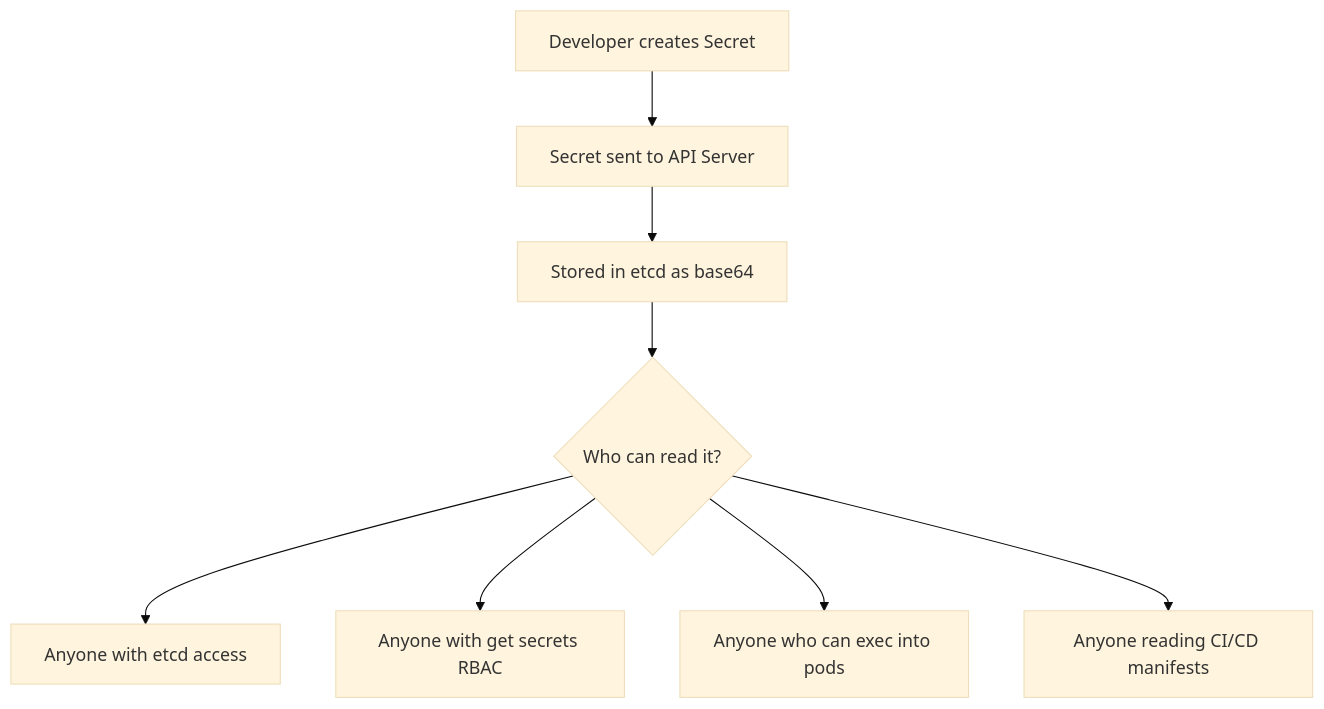
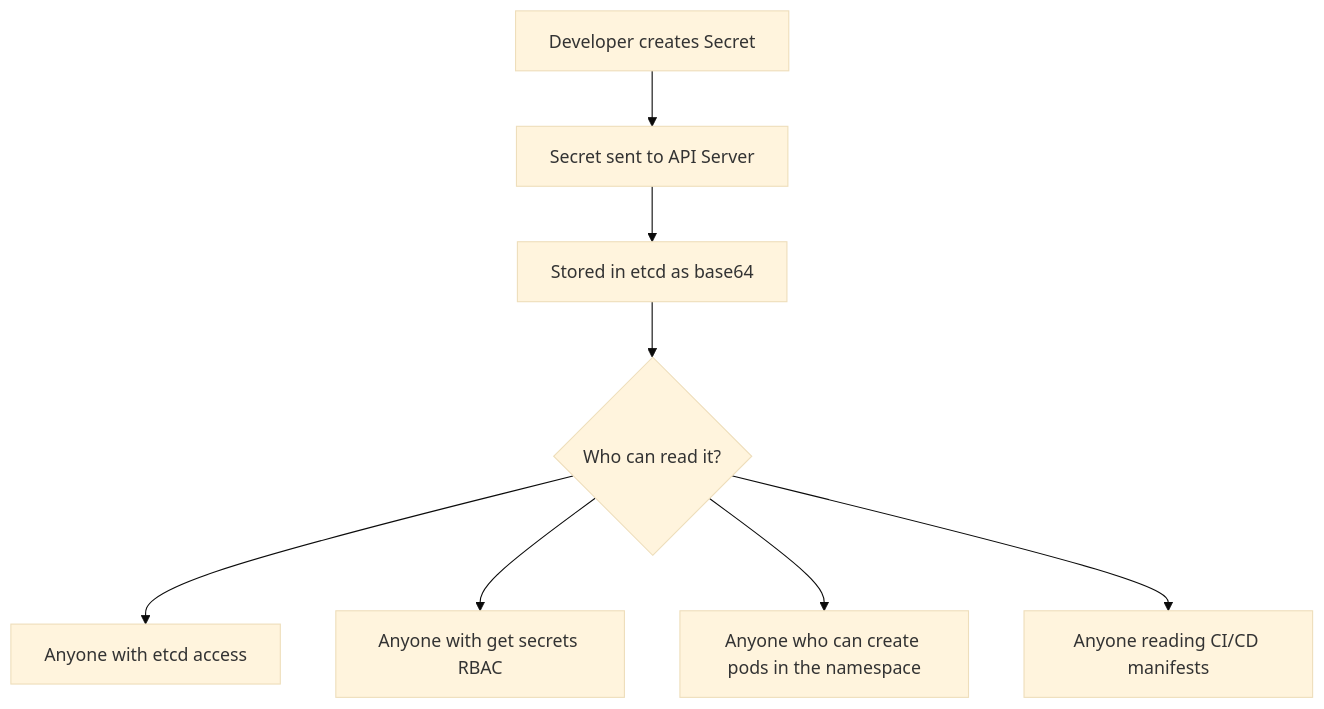
The first of 2 diagrams in posts/2026-02-20-kubernetes-secrets-management/README.md (OneUptime/blog), drawn with Mermaid (base theme) before and after one commit. The commit also changed other lines of this file and 2 other files, not shown here.

````diff
--- a/posts/2026-02-20-kubernetes-secrets-management/README.md
+++ b/posts/2026-02-20-kubernetes-secrets-management/README.md
@@ -15,10 +15,10 @@
 ```mermaid
 flowchart TD
     A[Developer creates Secret] --> B[Secret sent to API Server]
     B --> C[Stored in etcd as base64]
     C --> D{Who can read it?}
     D --> E[Anyone with etcd access]
     D --> F[Anyone with get secrets RBAC]
-    D --> G[Anyone who can exec into pods]
+    D --> G[Anyone who can create pods in the namespace]
     D --> H[Anyone reading CI/CD manifests]
 ```
````
